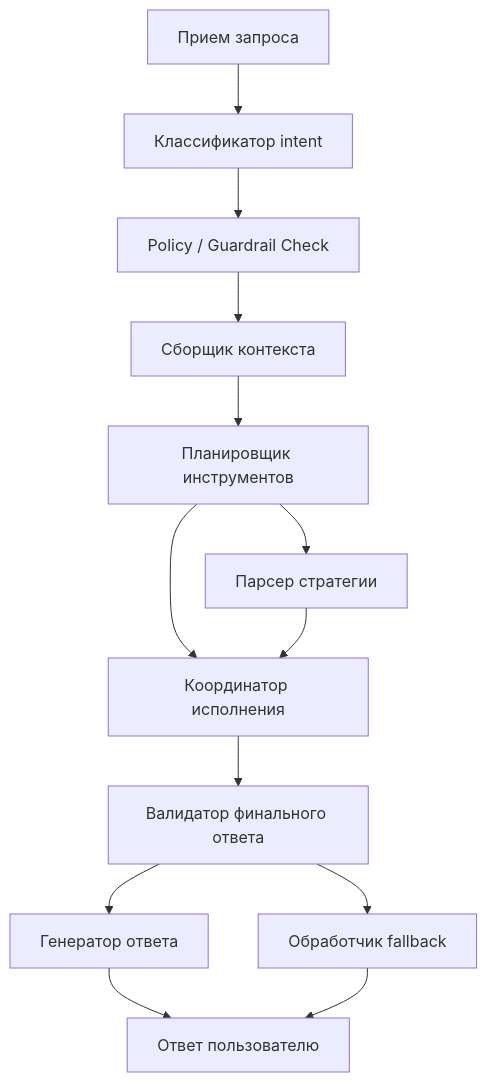
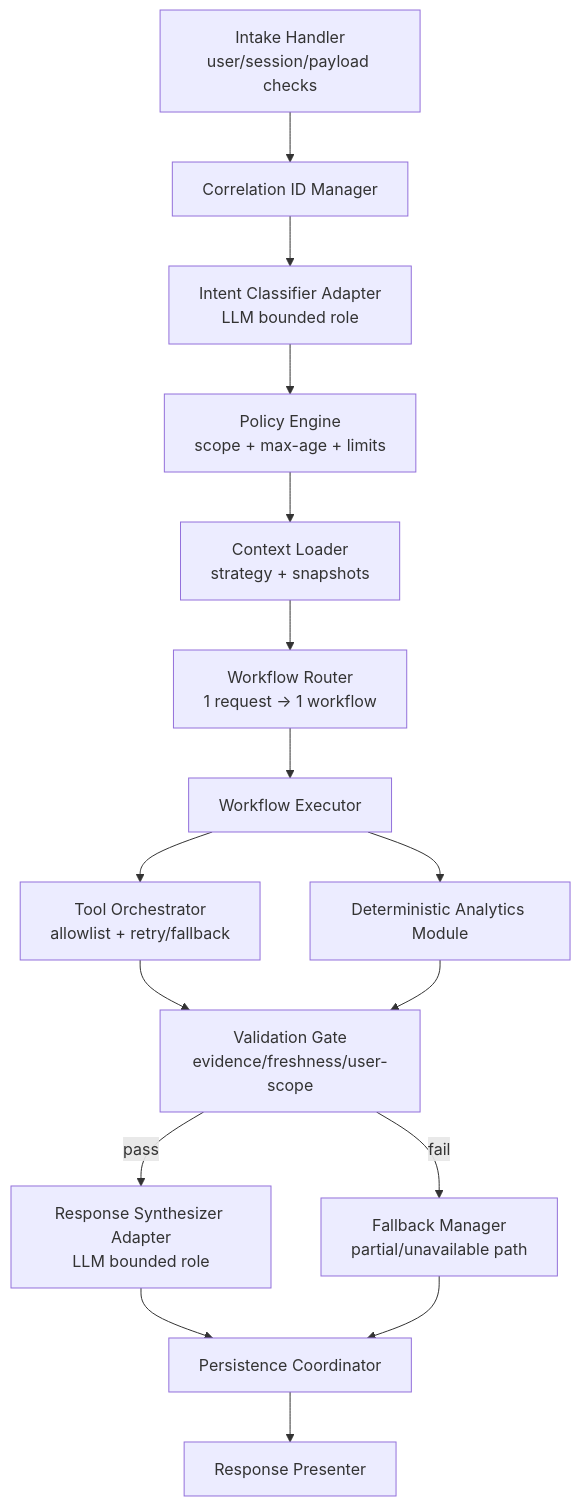
The diagram in docs/diagrams/c4-component.md (the-crazy-trio/documentation), drawn with Mermaid before and after one commit. The commit also changed other lines of this file and 32 other files, not shown here.

````diff
--- a/docs/diagrams/c4-component.md
+++ b/docs/diagrams/c4-component.md
@@ -3,27 +3,33 @@
 ```mermaid
-flowchart TB
-    intake[Прием запроса]
-    classifier[Классификатор intent]
-    policy[Policy / Guardrail Check]
-    context[Сборщик контекста]
-    planner[Планировщик инструментов]
-    strategy[Парсер стратегии]
-    exec[Координатор исполнения]
-    validator[Валидатор финального ответа]
-    composer[Генератор ответа]
-    fallback[Обработчик fallback]
-    response[Ответ пользователю]
+flowchart TD
+    intake[Intake Handler<br/>user/session/payload checks]
+    corr[Correlation ID Manager]
+    classifier[Intent Classifier Adapter<br/>LLM bounded role]
+    policy[Policy Engine<br/>scope + max-age + limits]
+    context[Context Loader<br/>strategy + snapshots]
+    router[Workflow Router<br/>1 request -> 1 workflow]
+    wfexec[Workflow Executor]
+    tools[Tool Orchestrator<br/>allowlist + retry/fallback]
+    calc[Deterministic Analytics Module]
+    vgate[Validation Gate<br/>evidence/freshness/user-scope]
+    synth[Response Synthesizer Adapter<br/>LLM bounded role]
+    persist[Persistence Coordinator]
+    fallback[Fallback Manager<br/>partial/unavailable path]
+    out[Response Presenter]
 
-    intake --> classifier
+    intake --> corr
+    corr --> classifier
     classifier --> policy
     policy --> context
-    context --> planner
-    planner --> strategy
-    planner --> exec
-    strategy --> exec
-    exec --> validator
-    validator --> composer
-    composer --> response
-    validator --> fallback
-    fallback --> response
+    context --> router
+    router --> wfexec
+    wfexec --> tools
+    wfexec --> calc
+    tools --> vgate
+    calc --> vgate
+    vgate -->|pass| synth
+    vgate -->|fail| fallback
+    synth --> persist
+    fallback --> persist
+    persist --> out
 ```
````
